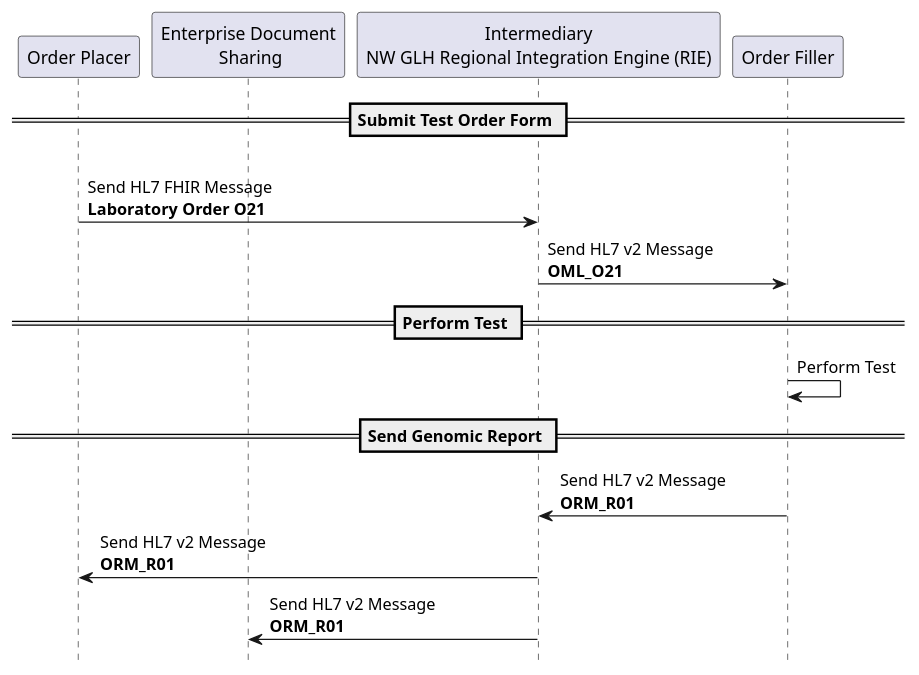
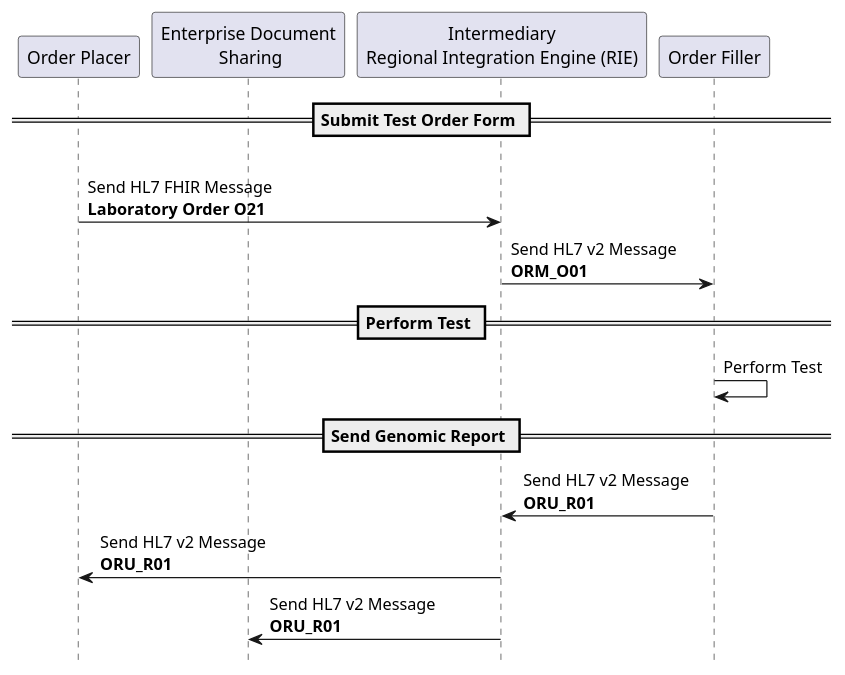
Before and after one commit to nw-gmsa/nw-gmsa.github.com: the diagram in input/images-source/LTW-now-sequence.plantuml, drawn with PlantUML. The commit also changed 2 other files, not shown here.

```diff
--- a/input/images-source/LTW-now-sequence.plantuml
+++ b/input/images-source/LTW-now-sequence.plantuml
@@ -1,27 +1,27 @@
 @startuml
 
 hide footbox
 
 participant "Order Placer" as EPR
 participant "Enterprise Document\n Sharing" as XDS
-participant "Intermediary\nNW GLH Regional Integration Engine (RIE)" as TIE
+participant "Intermediary\nRegional Integration Engine (RIE)" as TIE
 participant "Order Filler" as LIMS
 
 
 
 == Submit Test Order Form ==
 
 EPR -> TIE: \nSend HL7 FHIR Message\n**Laboratory Order O21**
-TIE -> LIMS: Send HL7 v2 Message\n**OML_O21**
+TIE -> LIMS: Send HL7 v2 Message\n**ORM_O01**
 
 == Perform Test ==
 
 LIMS -> LIMS: Perform Test
 
 == Send Genomic Report ==
 
-LIMS -> TIE: Send HL7 v2 Message\n**ORM_R01**
-TIE -> EPR: Send HL7 v2 Message\n**ORM_R01**
-TIE -> XDS: Send HL7 v2 Message\n**ORM_R01**
+LIMS -> TIE: Send HL7 v2 Message\n**ORU_R01**
+TIE -> EPR: Send HL7 v2 Message\n**ORU_R01**
+TIE -> XDS: Send HL7 v2 Message\n**ORU_R01**
 
 @enduml
```
